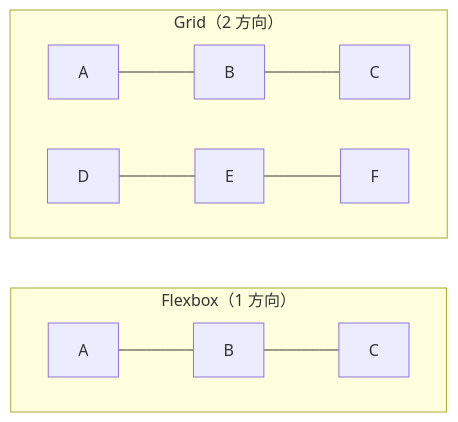
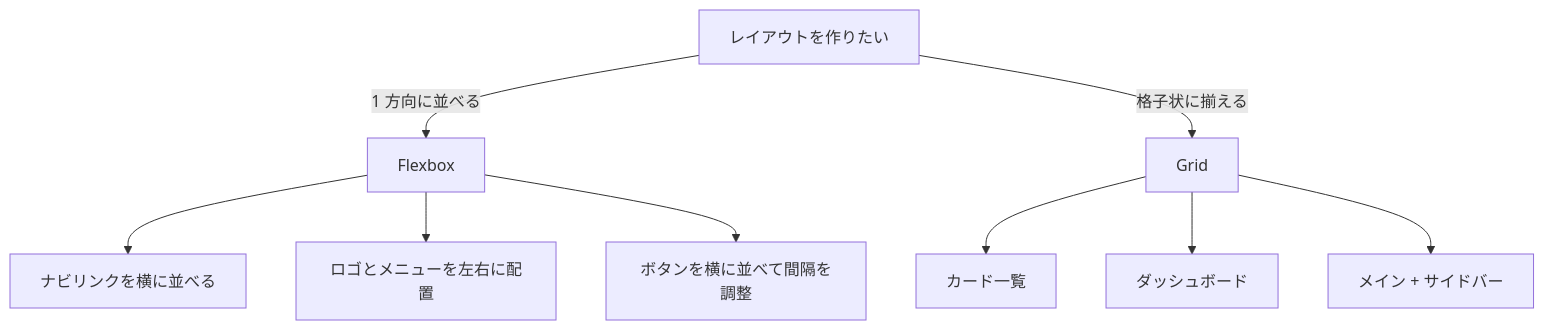
The second of 2 diagrams in docs/drafts/005/index.md (ozaki25/web-front-training-ozaki25), drawn with Mermaid before and after one commit. The commit also changed other lines of this file and 1 other file, not shown here.

First line of the commit message:
Flexbox と CSS Grid の下書きを「へー」ドリブンでリライト

````diff
--- a/docs/drafts/005/index.md
+++ b/docs/drafts/005/index.md
@@ -15,12 +240,12 @@
 ```mermaid
-flowchart LR
-  subgraph Flexbox["Flexbox（1 方向）"]
-    direction LR
-    A1["A"] --- A2["B"] --- A3["C"]
-  end
-  subgraph Grid["Grid（2 方向）"]
-    direction LR
-    B1["A"] --- B2["B"] --- B3["C"]
-    B4["D"] --- B5["E"] --- B6["F"]
-  end
+flowchart TB
+  Q["レイアウトを作りたい"]
+  Q -->|"1 方向に並べる"| F["Flexbox"]
+  Q -->|"格子状に揃える"| G["Grid"]
+  F --> F1["ナビリンクを横に並べる"]
+  F --> F2["ロゴとメニューを左右に配置"]
+  F --> F3["ボタンを横に並べて間隔を調整"]
+  G --> G1["カード一覧"]
+  G --> G2["ダッシュボード"]
+  G --> G3["メイン + サイドバー"]
 ```
````
